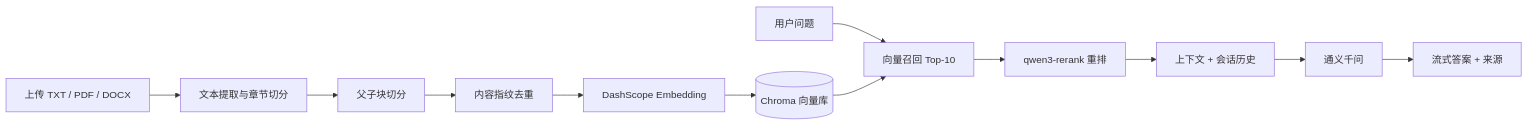
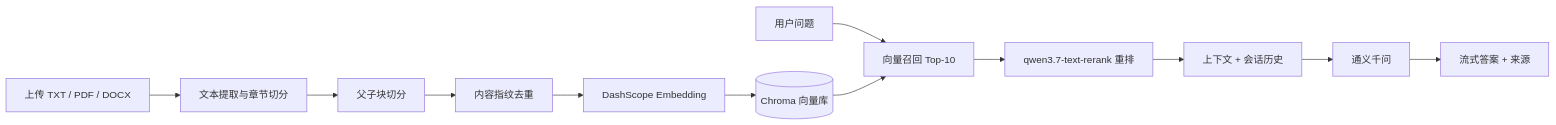
One commit to DL-DET/industrial-rag-assistant changed the diagram in README.md. Above: the diagram before and after it, drawn with Mermaid. The commit also changed other lines of this file and 27 other files, not shown here.

First line of the commit message:
feat: add answer eval, lifecycle management, and qwen3.7 rerank

````diff
--- a/README.md
+++ b/README.md
@@ -290,14 +348,14 @@
 ```mermaid
 flowchart LR
     A[上传 TXT / PDF / DOCX] --> B[文本提取与章节切分]
     B --> P[父子块切分]
     P --> C[内容指纹去重]
     C --> D[DashScope Embedding]
     D --> E[(Chroma 向量库)]
     F[用户问题] --> G[向量召回 Top-10]
     E --> G
-    G --> R[qwen3-rerank 重排]
+    G --> R[qwen3.7-text-rerank 重排]
     R --> H[上下文 + 会话历史]
     H --> I[通义千问]
     I --> J[流式答案 + 来源]
 ```
````
